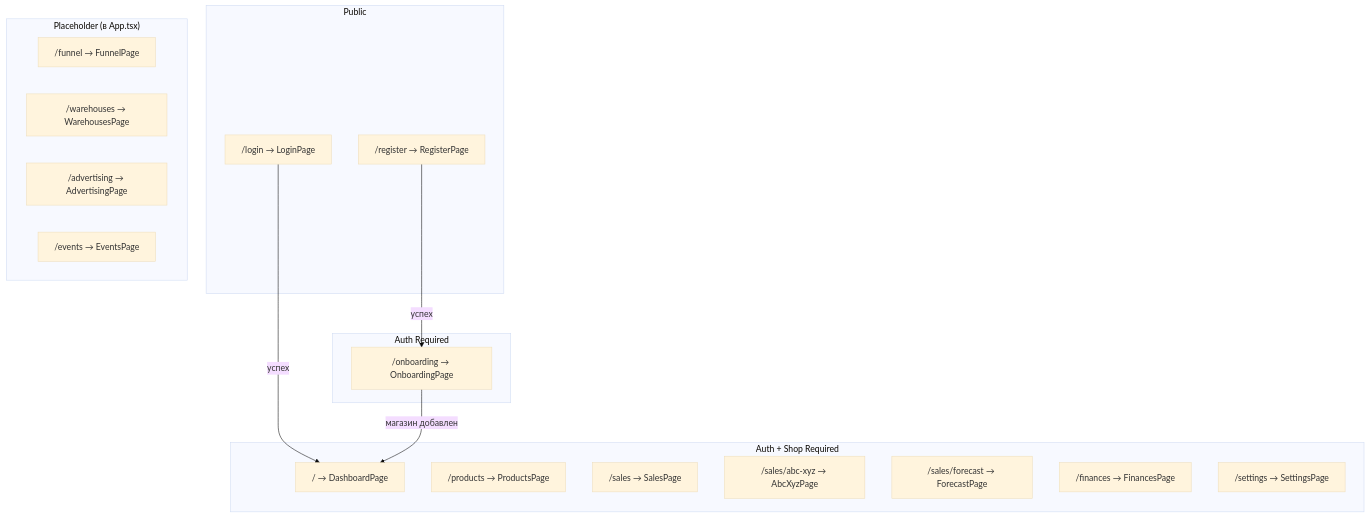
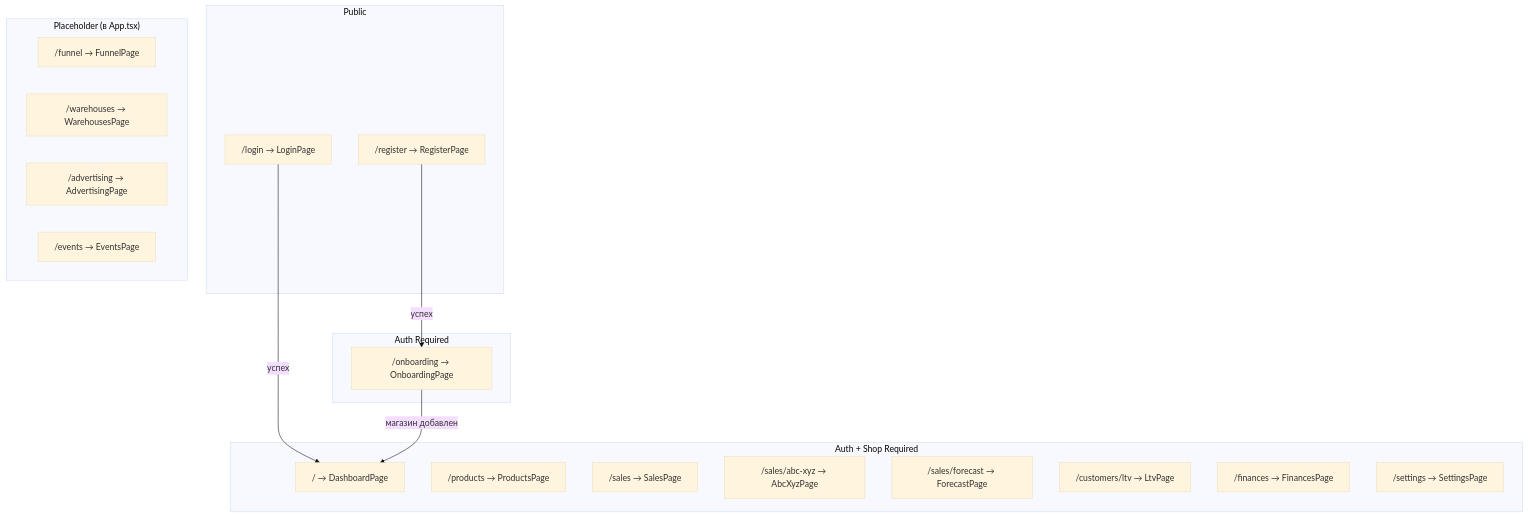
The first of 2 diagrams in docs/architecture/06_FRONTEND.md (alex-web13-2001/MP-CONTROL), drawn with Mermaid (base theme) before and after one commit. The commit also changed other lines of this file and 2 other files, not shown here.

First line of the commit message:
docs: архитектурная документация LTV модуля

````diff
--- a/docs/architecture/06_FRONTEND.md
+++ b/docs/architecture/06_FRONTEND.md
@@ -25,32 +25,33 @@
 ```mermaid
 graph TB
     subgraph "Public"
         Login["/login → LoginPage"]
         Register["/register → RegisterPage"]
     end
 
     subgraph "Auth Required"
         Onboarding["/onboarding → OnboardingPage"]
     end
 
     subgraph "Auth + Shop Required"
         Dashboard["/ → DashboardPage"]
         Products["/products → ProductsPage"]
         Sales["/sales → SalesPage"]
         AbcXyz["/sales/abc-xyz → AbcXyzPage"]
         Forecast["/sales/forecast → ForecastPage"]
+        LTV["/customers/ltv → LtvPage"]
         Finances["/finances → FinancesPage"]
         Settings["/settings → SettingsPage"]
     end
 
     subgraph "Placeholder (в App.tsx)"
         Funnel["/funnel → FunnelPage"]
         Warehouses["/warehouses → WarehousesPage"]
         Advertising["/advertising → AdvertisingPage"]
         Events["/events → EventsPage"]
     end
 
     Login -->|"успех"| Dashboard
     Register -->|"успех"| Onboarding
     Onboarding -->|"магазин добавлен"| Dashboard
 ```
````
